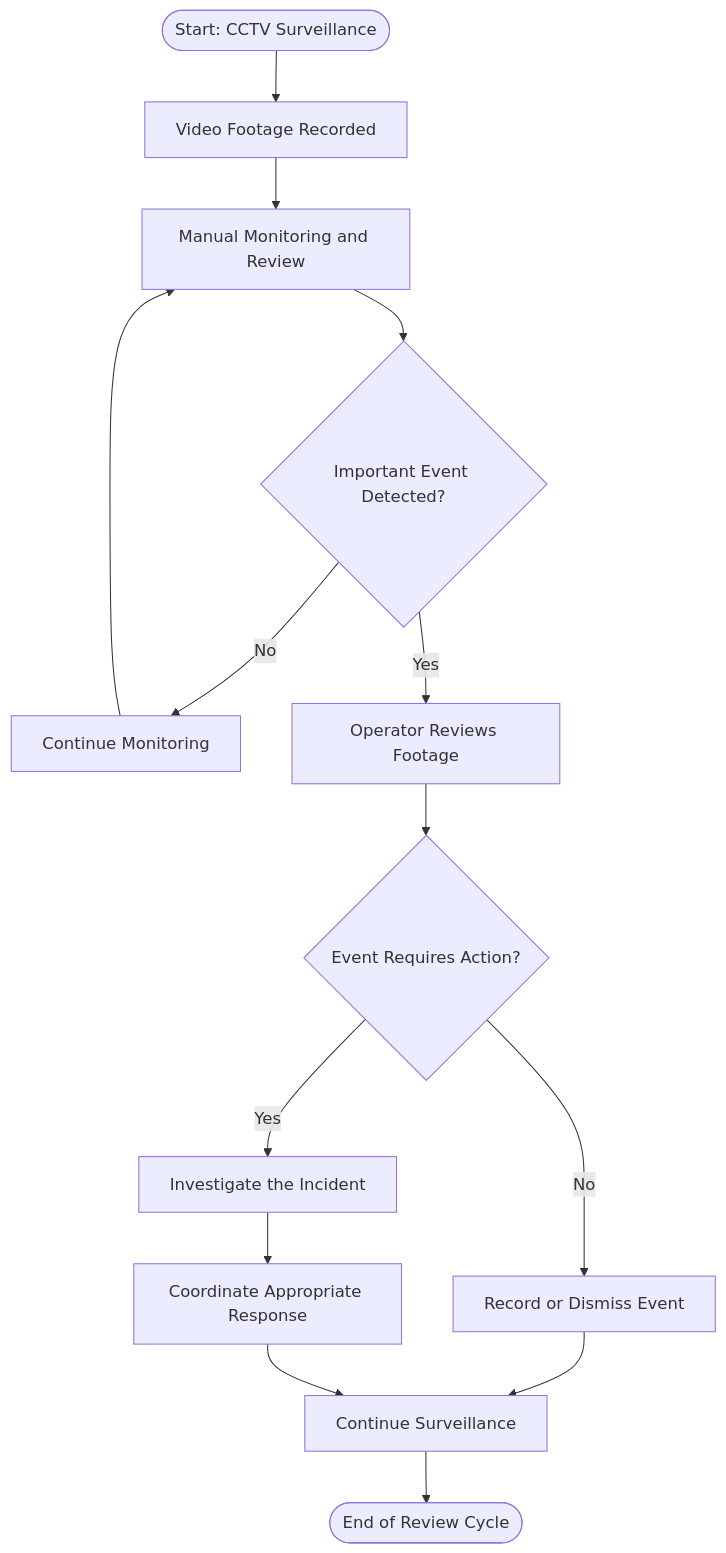
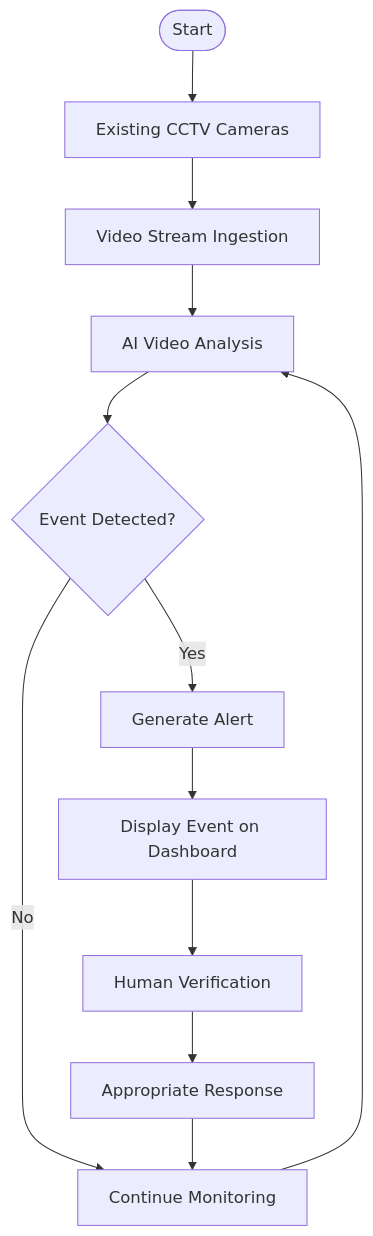
One commit to AmanRajSharma001/Lenz changed the sixth of 13 diagrams in README.md. Above: the diagram before and after it, drawn with Mermaid. The commit also changed other lines of this file, not shown here.

````diff
--- a/README.md
+++ b/README.md
@@ -221,21 +265,14 @@
 ```mermaid
 flowchart TD
-    A(["Start: CCTV Surveillance"]) --> B["Video Footage Recorded"]
-    B --> C["Manual Monitoring and Review"]
-    C --> D{"Important Event Detected?"}
-
-    D -- "No" --> E["Continue Monitoring"]
-    E --> C
-
-    D -- "Yes" --> F["Operator Reviews Footage"]
-    F --> G{"Event Requires Action?"}
-
-    G -- "No" --> H["Record or Dismiss Event"]
-    G -- "Yes" --> I["Investigate the Incident"]
-
-    H --> J["Continue Surveillance"]
-    I --> K["Coordinate Appropriate Response"]
-    K --> J
-
-    J --> L(["End of Review Cycle"])
+    A([Start]) --> B[Existing CCTV Cameras]
+    B --> C[Video Stream Ingestion]
+    C --> D[AI Video Analysis]
+    D --> E{Event Detected?}
+    E -->|Yes| F[Generate Alert]
+    E -->|No| G[Continue Monitoring]
+    F --> H[Display Event on Dashboard]
+    H --> I[Human Verification]
+    I --> J[Appropriate Response]
+    J --> G
+    G --> D
 ```
````
